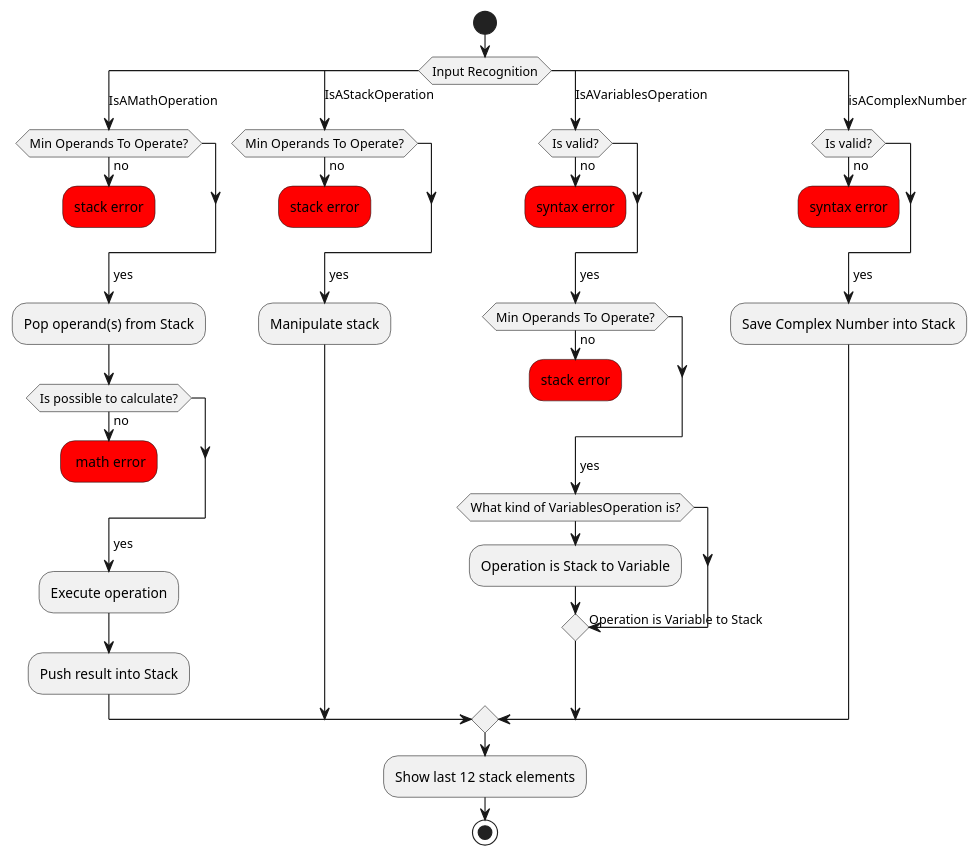
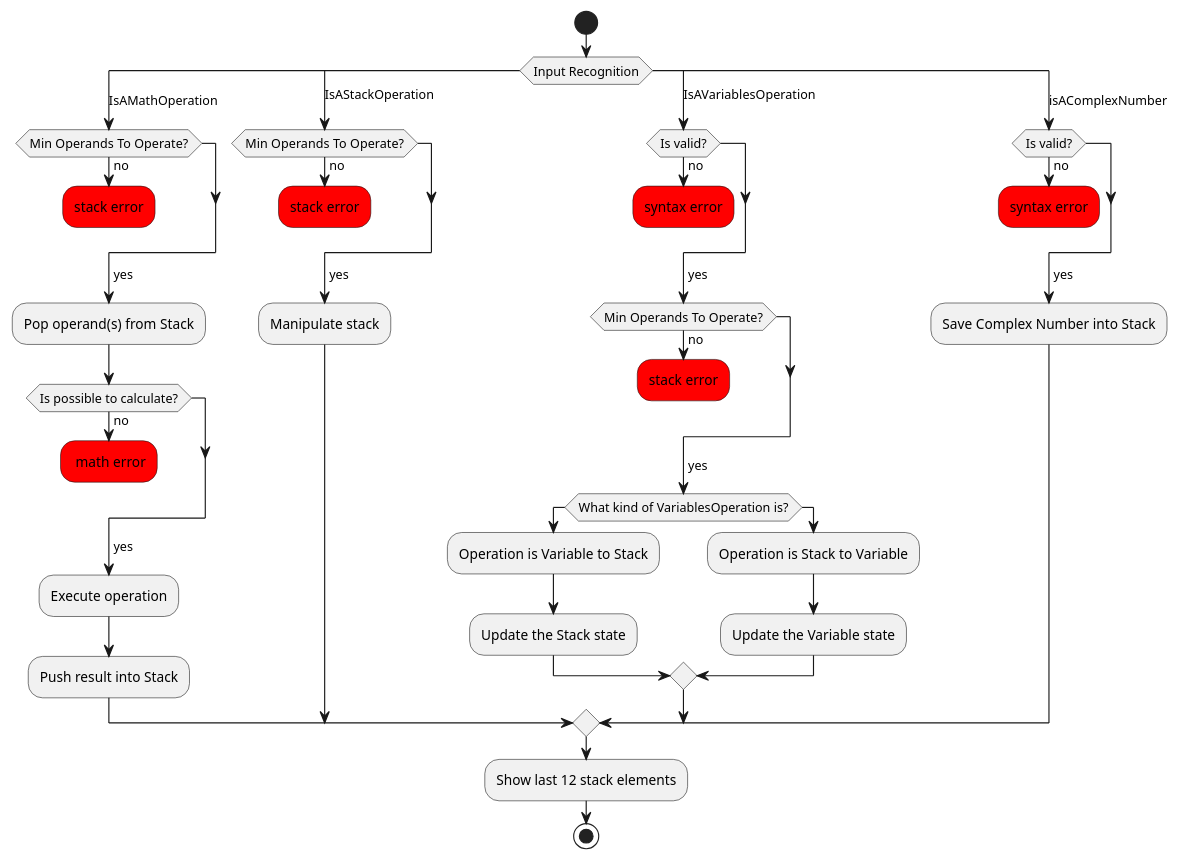
The diagram in activity_diagram/General_ActivityDiagram.puml (CiroCutolo/Scientific_Calculator_group01_2023), drawn with PlantUML before and after one commit.

Commit message:
Activity_diagram

```diff
--- a/activity_diagram/General_ActivityDiagram.puml
+++ b/activity_diagram/General_ActivityDiagram.puml
@@ -1,64 +1,64 @@
 @startuml ActivityDiagram
 
 start
 switch (Input Recognition)
 case (IsAMathOperation)
 	if (Min Operands To Operate?) then
 		->no;
 		#red:stack error;
 		kill
 	endif
 	->yes;
 	:Pop operand(s) from Stack;
 	if(Is possible to calculate?) then
 		->no;
 		#red: math error;
 		kill
 	endif
 	->yes;
 	:Execute operation;
 	:Push result into Stack;
 
 case (IsAStackOperation)
 	if (Min Operands To Operate?) then
 		->no;
 		#red:stack error;
 		kill
 	endif
 	->yes;
 	:Manipulate stack;
 
 case (IsAVariablesOperation)
 	if (Is valid?) then
 		->no;
 		#red:syntax error;
 		kill
 	endif
 	->yes;
 	if (Min Operands To Operate?) then
 		->no;
 		#red:stack error;
 		kill
 	endif
 	->yes;
 	if (What kind of VariablesOperation is?) then
-		->Operation is Variable to Stack;
-		
-
+		:Operation is Variable to Stack;
+		:Update the Stack state;
 	else
 		:Operation is Stack to Variable;
+		:Update the Variable state;
 	endif
 case (isAComplexNumber)
 	if (Is valid?) then
 		->no;
 		#red:syntax error;
 		kill
 	endif
 	->yes;
 	:Save Complex Number into Stack;
 endswitch
 
 -Show last 12 stack elements
 stop
 
 @enduml
```
